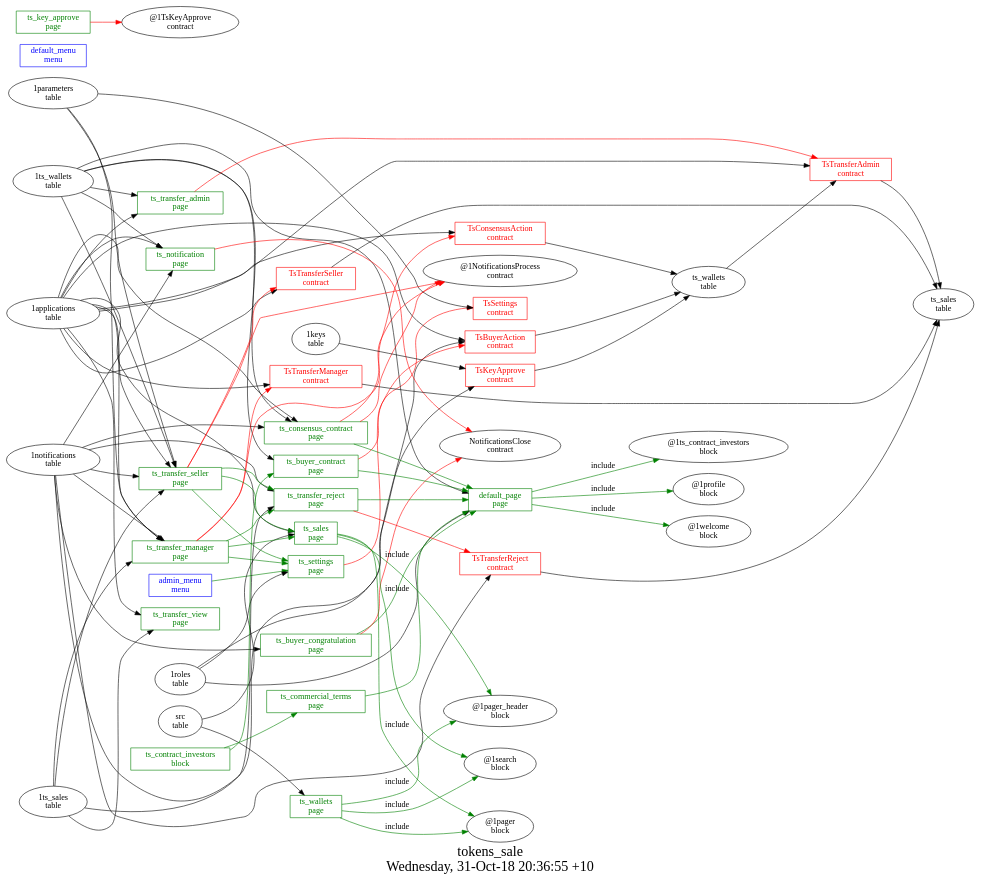
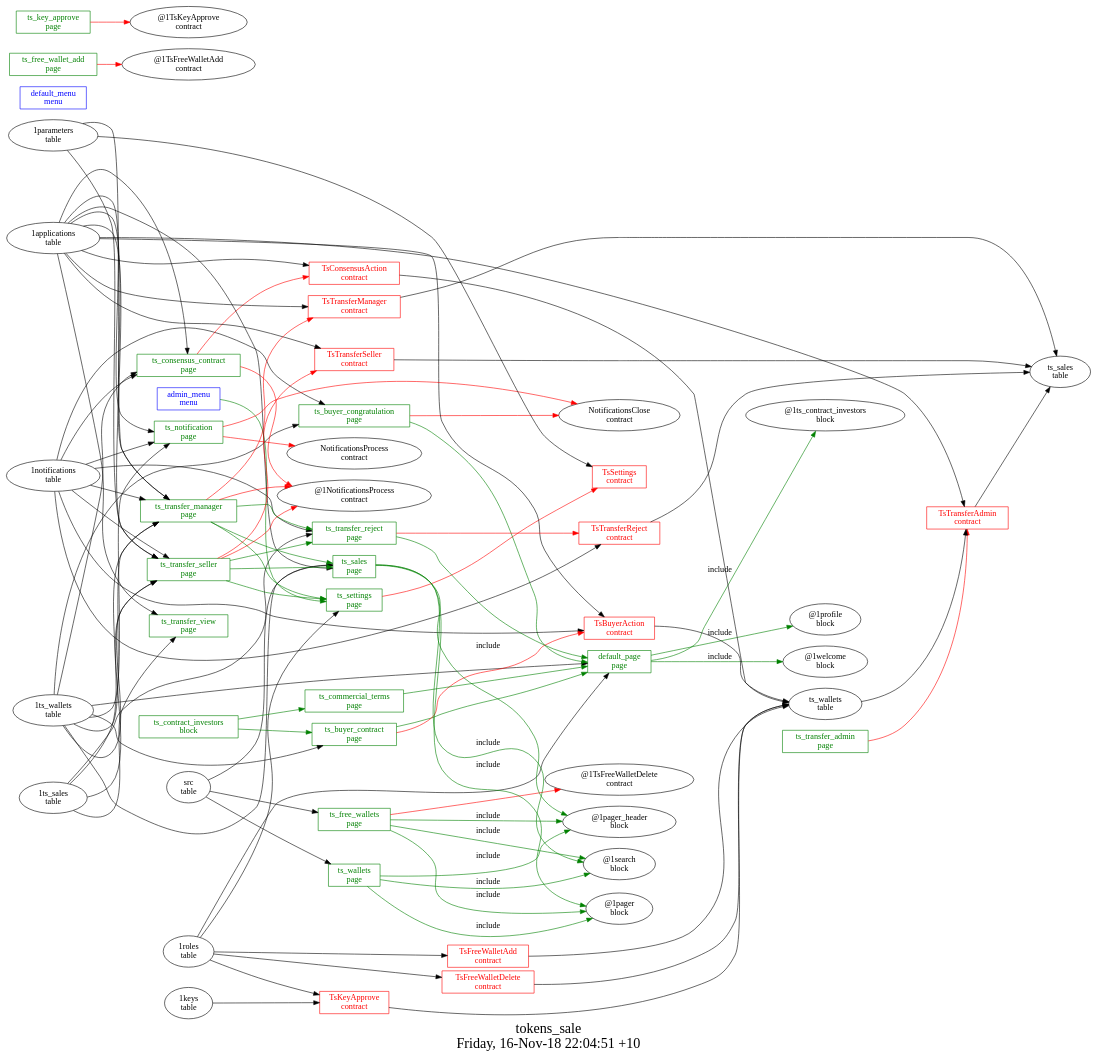
One commit to AplaProject/apps changed the diagram in other/tokens_sale/struct.dot. Above: the diagram before and after it, drawn with Graphviz. The commit also changed 114 other files, not shown here.

```diff
--- a/other/tokens_sale/struct.dot
+++ b/other/tokens_sale/struct.dot
@@ -1,119 +1,134 @@
 digraph G {
 fontsize="24";
-label="tokens_sale\nWednesday, 31-Oct-18 20:36:55 +10";
+label="tokens_sale\nFriday, 16-Nov-18 22:04:51 +10";
 nojustify=true;
 ordering=out;
 rankdir=LR;
 size="30";
 "admin_menu\nmenu" -> "ts_settings\npage"  [ color=green ]
 "admin_menu\nmenu" [color=blue, fontcolor=blue, group=menus, shape=record];
 "default_menu\nmenu" [color=blue, fontcolor=blue, group=menus, shape=record];
 "1ts_wallets\ntable" -> "default_page\npage"
 "1roles\ntable" -> "default_page\npage"
 "default_page\npage" -> "@1ts_contract_investors\nblock"  [ color=green, label=include ]
 "default_page\npage" -> "@1profile\nblock"  [ color=green, label=include ]
 "default_page\npage" -> "@1welcome\nblock"  [ color=green, label=include ]
 "default_page\npage" [color=green, fontcolor=green, group=pages, shape=record];
 "ts_buyer_congratulation\npage" -> "NotificationsClose\ncontract"  [ color=red ]
+"1ts_wallets\ntable" -> "ts_buyer_congratulation\npage"
 "1notifications\ntable" -> "ts_buyer_congratulation\npage"
 "ts_buyer_congratulation\npage" -> "default_page\npage"  [ color=green ]
 "ts_buyer_congratulation\npage" [color=green, fontcolor=green, group=pages, shape=record];
 "ts_buyer_contract\npage" -> "TsBuyerAction\ncontract"  [ color=red ]
 "1ts_wallets\ntable" -> "ts_buyer_contract\npage"
 "ts_buyer_contract\npage" -> "default_page\npage"  [ color=green ]
 "ts_buyer_contract\npage" [color=green, fontcolor=green, group=pages, shape=record];
 "ts_commercial_terms\npage" -> "default_page\npage"  [ color=green ]
 "ts_commercial_terms\npage" [color=green, fontcolor=green, group=pages, shape=record];
 "ts_consensus_contract\npage" -> "TsConsensusAction\ncontract"  [ color=red ]
 "ts_consensus_contract\npage" -> "@1NotificationsProcess\ncontract"  [ color=red ]
 "1applications\ntable" -> "ts_consensus_contract\npage"
 "1notifications\ntable" -> "ts_consensus_contract\npage"
 "1ts_wallets\ntable" -> "ts_consensus_contract\npage"
-"ts_consensus_contract\npage" -> "default_page\npage"  [ color=green ]
 "ts_consensus_contract\npage" [color=green, fontcolor=green, group=pages, shape=record];
+"ts_free_wallet_add\npage" -> "@1TsFreeWalletAdd\ncontract"  [ color=red ]
+"ts_free_wallet_add\npage" [color=green, fontcolor=green, group=pages, shape=record];
+"ts_free_wallets\npage" -> "@1TsFreeWalletDelete\ncontract"  [ color=red ]
+"src\ntable" -> "ts_free_wallets\npage"
+"ts_free_wallets\npage" -> "@1pager_header\nblock"  [ color=green, label=include ]
+"ts_free_wallets\npage" -> "@1search\nblock"  [ color=green, label=include ]
+"ts_free_wallets\npage" -> "@1pager\nblock"  [ color=green, label=include ]
+"ts_free_wallets\npage" [color=green, fontcolor=green, group=pages, shape=record];
 "ts_key_approve\npage" -> "@1TsKeyApprove\ncontract"  [ color=red ]
 "ts_key_approve\npage" [color=green, fontcolor=green, group=pages, shape=record];
 "ts_notification\npage" -> "NotificationsClose\ncontract"  [ color=red ]
+"ts_notification\npage" -> "NotificationsProcess\ncontract"  [ color=red ]
 "1applications\ntable" -> "ts_notification\npage"
 "1notifications\ntable" -> "ts_notification\npage"
 "1ts_wallets\ntable" -> "ts_notification\npage"
 "ts_notification\npage" [color=green, fontcolor=green, group=pages, shape=record];
 "1applications\ntable" -> "ts_sales\npage"
 "src\ntable" -> "ts_sales\npage"
+"1ts_wallets\ntable" -> "ts_sales\npage"
 "ts_sales\npage" -> "@1pager_header\nblock"  [ color=green, label=include ]
 "ts_sales\npage" -> "@1search\nblock"  [ color=green, label=include ]
 "ts_sales\npage" -> "@1pager\nblock"  [ color=green, label=include ]
 "ts_sales\npage" [color=green, fontcolor=green, group=pages, shape=record];
 "ts_settings\npage" -> "TsSettings\ncontract"  [ color=red ]
 "1roles\ntable" -> "ts_settings\npage"
 "ts_settings\npage" [color=green, fontcolor=green, group=pages, shape=record];
 "ts_transfer_admin\npage" -> "TsTransferAdmin\ncontract"  [ color=red ]
-"1applications\ntable" -> "ts_transfer_admin\npage"
-"1ts_wallets\ntable" -> "ts_transfer_admin\npage"
 "ts_transfer_admin\npage" [color=green, fontcolor=green, group=pages, shape=record];
 "ts_transfer_manager\npage" -> "TsTransferManager\ncontract"  [ color=red ]
 "ts_transfer_manager\npage" -> "@1NotificationsProcess\ncontract"  [ color=red ]
 "1applications\ntable" -> "ts_transfer_manager\npage"
 "1notifications\ntable" -> "ts_transfer_manager\npage"
 "1ts_sales\ntable" -> "ts_transfer_manager\npage"
+"1ts_wallets\ntable" -> "ts_transfer_manager\npage"
 "1parameters\ntable" -> "ts_transfer_manager\npage"
 "ts_transfer_manager\npage" -> "ts_transfer_reject\npage"  [ color=green ]
 "ts_transfer_manager\npage" -> "ts_sales\npage"  [ color=green ]
 "ts_transfer_manager\npage" -> "ts_settings\npage"  [ color=green ]
 "ts_transfer_manager\npage" [color=green, fontcolor=green, group=pages, shape=record];
 "ts_transfer_reject\npage" -> "TsTransferReject\ncontract"  [ color=red ]
 "1notifications\ntable" -> "ts_transfer_reject\npage"
 "1ts_sales\ntable" -> "ts_transfer_reject\npage"
 "ts_transfer_reject\npage" -> "default_page\npage"  [ color=green ]
 "ts_transfer_reject\npage" [color=green, fontcolor=green, group=pages, shape=record];
 "ts_transfer_seller\npage" -> "TsTransferSeller\ncontract"  [ color=red ]
 "ts_transfer_seller\npage" -> "@1NotificationsProcess\ncontract"  [ color=red ]
 "1applications\ntable" -> "ts_transfer_seller\npage"
 "1notifications\ntable" -> "ts_transfer_seller\npage"
 "1ts_sales\ntable" -> "ts_transfer_seller\npage"
 "1ts_wallets\ntable" -> "ts_transfer_seller\npage"
 "1parameters\ntable" -> "ts_transfer_seller\npage"
 "ts_transfer_seller\npage" -> "ts_transfer_reject\npage"  [ color=green ]
 "ts_transfer_seller\npage" -> "ts_sales\npage"  [ color=green ]
 "ts_transfer_seller\npage" -> "ts_settings\npage"  [ color=green ]
 "ts_transfer_seller\npage" [color=green, fontcolor=green, group=pages, shape=record];
 "1applications\ntable" -> "ts_transfer_view\npage"
 "1ts_sales\ntable" -> "ts_transfer_view\npage"
 "ts_transfer_view\npage" [color=green, fontcolor=green, group=pages, shape=record];
 "src\ntable" -> "ts_wallets\npage"
 "ts_wallets\npage" -> "@1pager_header\nblock"  [ color=green, label=include ]
 "ts_wallets\npage" -> "@1search\nblock"  [ color=green, label=include ]
 "ts_wallets\npage" -> "@1pager\nblock"  [ color=green, label=include ]
 "ts_wallets\npage" [color=green, fontcolor=green, group=pages, shape=record];
 "ts_contract_investors\nblock" -> "ts_commercial_terms\npage"  [ color=green ]
 "ts_contract_investors\nblock" -> "ts_buyer_contract\npage"  [ color=green ]
 "ts_contract_investors\nblock" [color=green, fontcolor=green, group=blocks, shape=record];
 "TsBuyerAction\ncontract" -> "ts_wallets\ntable"  [ color="" ]
 "1applications\ntable" -> "TsBuyerAction\ncontract"
 "1notifications\ntable" -> "TsBuyerAction\ncontract"
 "TsBuyerAction\ncontract" [color=red, fontcolor=red, group=contracts, shape=record];
 "TsConsensusAction\ncontract" -> "ts_wallets\ntable"  [ color="" ]
 "1applications\ntable" -> "TsConsensusAction\ncontract"
 "TsConsensusAction\ncontract" [color=red, fontcolor=red, group=contracts, shape=record];
+"TsFreeWalletAdd\ncontract" -> "ts_wallets\ntable"  [ color="" ]
+"1roles\ntable" -> "TsFreeWalletAdd\ncontract"
+"TsFreeWalletAdd\ncontract" [color=red, fontcolor=red, group=contracts, shape=record];
+"TsFreeWalletDelete\ncontract" -> "ts_wallets\ntable"  [ color="" ]
+"1roles\ntable" -> "TsFreeWalletDelete\ncontract"
+"TsFreeWalletDelete\ncontract" [color=red, fontcolor=red, group=contracts, shape=record];
 "TsKeyApprove\ncontract" -> "ts_wallets\ntable"  [ color="" ]
 "1keys\ntable" -> "TsKeyApprove\ncontract"
 "1roles\ntable" -> "TsKeyApprove\ncontract"
 "TsKeyApprove\ncontract" [color=red, fontcolor=red, group=contracts, shape=record];
 "1parameters\ntable" -> "TsSettings\ncontract"
 "TsSettings\ncontract" [color=red, fontcolor=red, group=contracts, shape=record];
 "TsTransferAdmin\ncontract" -> "ts_sales\ntable"  [ color="" ]
 "1applications\ntable" -> "TsTransferAdmin\ncontract"
 "ts_wallets\ntable" -> "TsTransferAdmin\ncontract"
 "TsTransferAdmin\ncontract" [color=red, fontcolor=red, group=contracts, shape=record];
 "TsTransferManager\ncontract" -> "ts_sales\ntable"  [ color="" ]
 "1applications\ntable" -> "TsTransferManager\ncontract"
 "TsTransferManager\ncontract" [color=red, fontcolor=red, group=contracts, shape=record];
 "TsTransferReject\ncontract" -> "ts_sales\ntable"  [ color="" ]
 "1notifications\ntable" -> "TsTransferReject\ncontract"
 "TsTransferReject\ncontract" [color=red, fontcolor=red, group=contracts, shape=record];
 "TsTransferSeller\ncontract" -> "ts_sales\ntable"  [ color="" ]
 "1applications\ntable" -> "TsTransferSeller\ncontract"
 "TsTransferSeller\ncontract" [color=red, fontcolor=red, group=contracts, shape=record];
 "ts_sales\ntable" [color="", fontcolor="", group=tables, shape=""];
 "ts_wallets\ntable" [color="", fontcolor="", group=tables, shape=""];
 }
```
